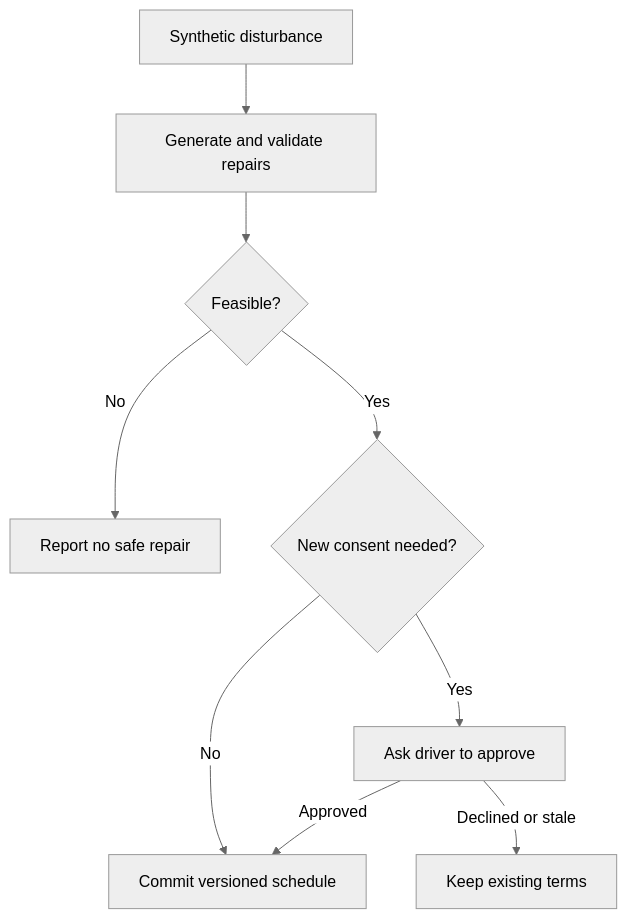
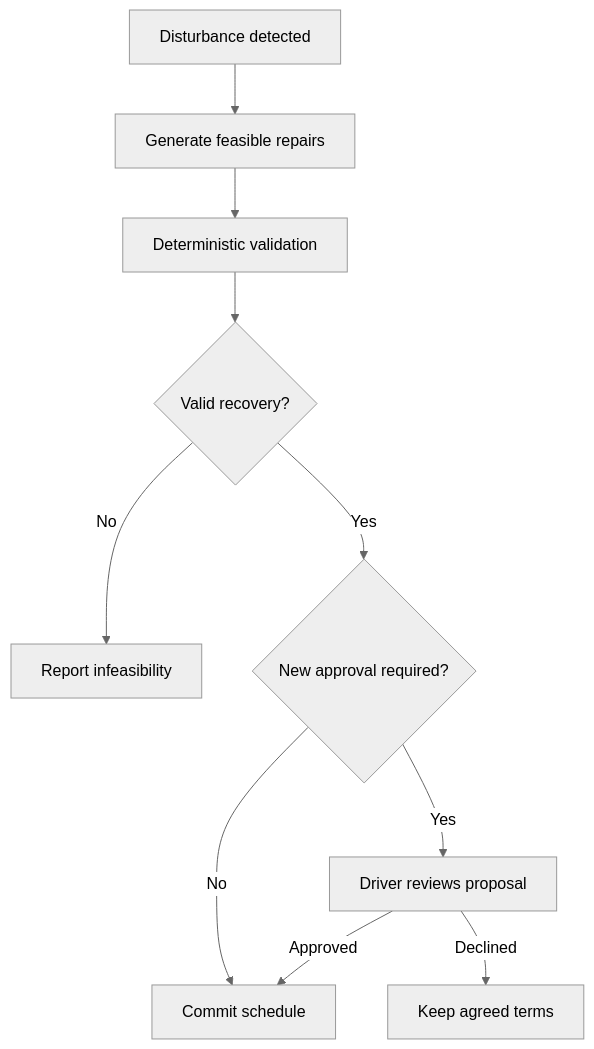
Before and after one commit to piyusha-sayal/gridwindow-flexpay: the third of 5 diagrams in README.md, drawn with Mermaid (neutral theme). The commit also changed other lines of this file, not shown here.

````diff
--- a/README.md
+++ b/README.md
@@ -147,11 +312,12 @@
 ```mermaid
 flowchart TB
-    A["Synthetic disturbance"] --> B["Generate and validate repairs"]
-    B --> C{"Feasible?"}
-    C -->|No| D["Report no safe repair"]
-    C -->|Yes| E{"New consent needed?"}
-    E -->|No| F["Commit versioned schedule"]
-    E -->|Yes| G["Ask driver to approve"]
-    G -->|Approved| F
-    G -->|Declined or stale| H["Keep existing terms"]
+    A["Disturbance detected"] --> B["Generate feasible repairs"]
+    B --> C["Deterministic validation"]
+    C --> D{"Valid recovery?"}
+    D -->|No| E["Report infeasibility"]
+    D -->|Yes| F{"New approval required?"}
+    F -->|Yes| G["Driver reviews proposal"]
+    F -->|No| H["Commit schedule"]
+    G -->|Approved| H
+    G -->|Declined| I["Keep agreed terms"]
 ```
````
